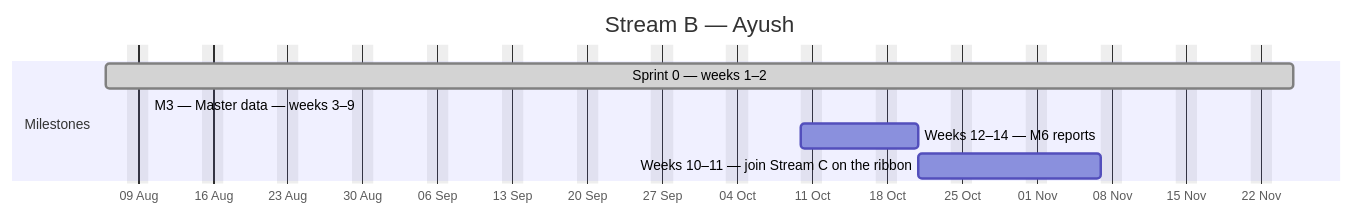
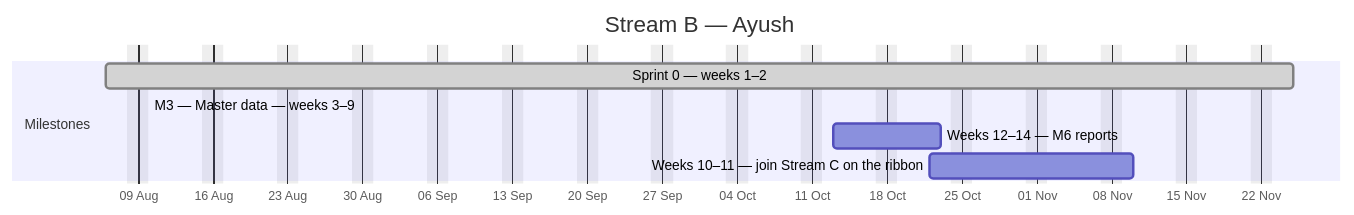
One commit to debashisedunext/EduTrack changed the second of 4 diagrams in docs/plan/GANTT.md. Above: the diagram before and after it, drawn with Mermaid. The commit also changed other lines of this file and 4 other files, not shown here.

````diff
--- a/docs/plan/GANTT.md
+++ b/docs/plan/GANTT.md
@@ -142,12 +142,12 @@
 ```mermaid
 gantt
     dateFormat YYYY-MM-DD
     axisFormat %d %b
     title Stream B — Ayush
     excludes weekends
     section Milestones
     Sprint 0 — weeks 1–2 :done, b0, 2026-08-06, 79d
-    M3 — Master data — weeks 3–9 :active, b1, 2026-08-10, -15d
-    Weeks 12–14 — M6 reports :b2, 2026-10-10, 8d
-    Weeks 10–11 — join Stream C on the ribbon :b3, 2026-10-21, 13d
+    M3 — Master data — weeks 3–9 :active, b1, 2026-08-10, -14d
+    Weeks 12–14 — M6 reports :b2, 2026-10-13, 8d
+    Weeks 10–11 — join Stream C on the ribbon :b3, 2026-10-22, 13d
 ```
````
